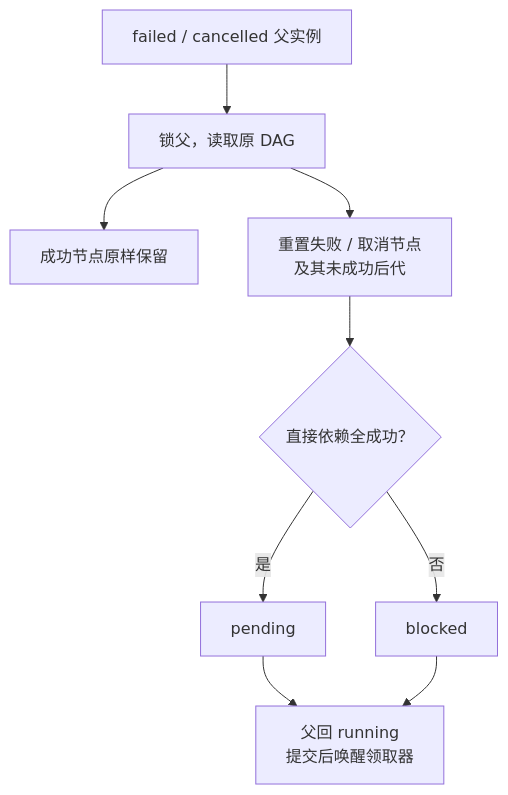
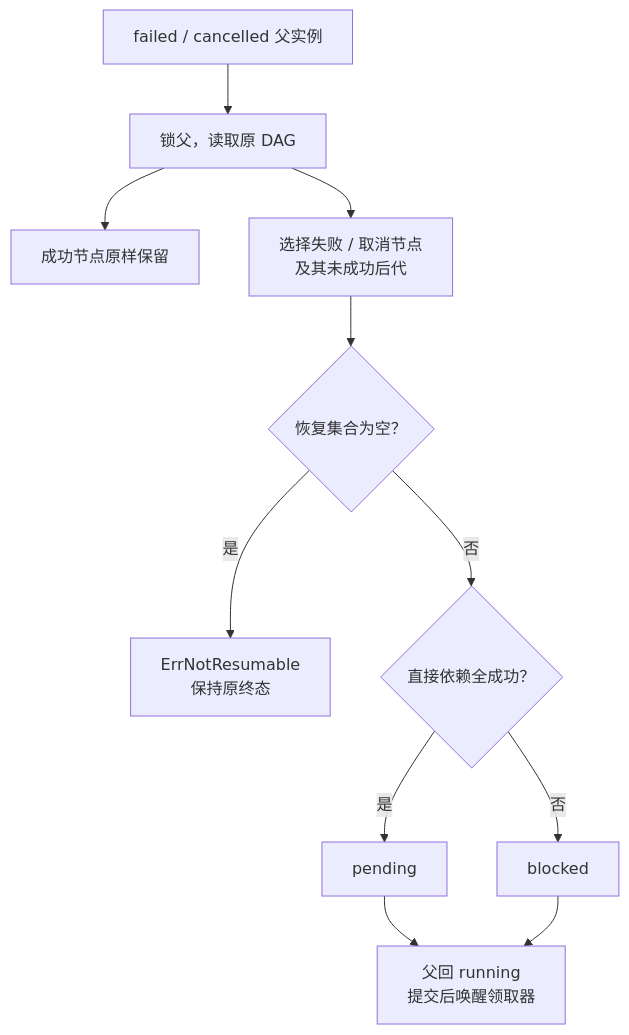
One commit to mbeoliero/skein changed the tenth of 18 diagrams in docs/design.md. Above: the diagram before and after it, drawn with Mermaid. The commit also changed other lines of this file and 77 other files, not shown here.

````diff
--- a/docs/design.md
+++ b/docs/design.md
@@ -350,11 +365,13 @@
 ```mermaid
 flowchart TB
     P["failed / cancelled 父实例"] --> L["锁父，读取原 DAG"]
     L --> KEEP["成功节点原样保留"]
-    L --> RESET["重置失败 / 取消节点<br/>及其未成功后代"]
-    RESET --> DEP{"直接依赖全成功？"}
+    L --> RESET["选择失败 / 取消节点<br/>及其未成功后代"]
+    RESET --> EMPTY{"恢复集合为空？"}
+    EMPTY -->|是| REJECT["ErrNotResumable<br/>保持原终态"]
+    EMPTY -->|否| DEP{"直接依赖全成功？"}
     DEP -->|是| READY["pending"]
     DEP -->|否| BLOCK["blocked"]
     READY --> OPEN["父回 running<br/>提交后唤醒领取器"]
     BLOCK --> OPEN
 ```
````
